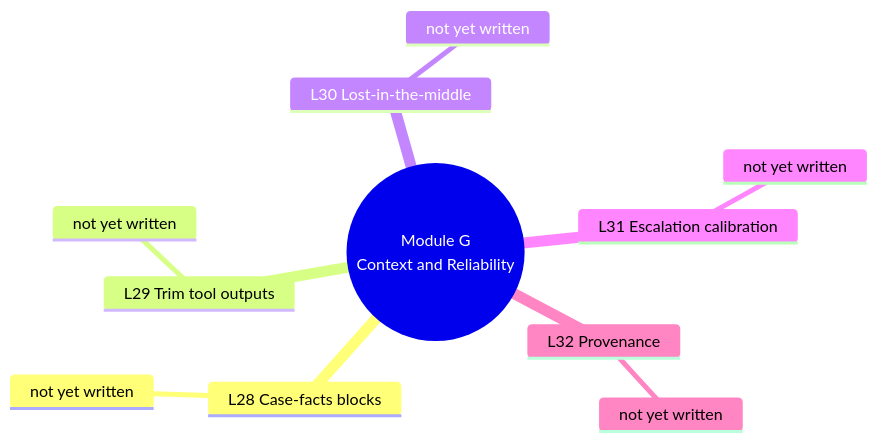
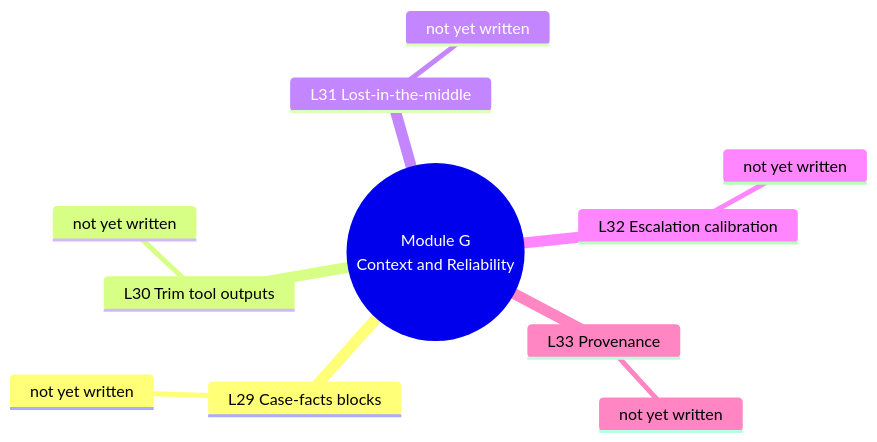
Before and after one commit to richierob62/claude-code-architect: the eighth of 10 diagrams in mindmap.md, drawn with Mermaid. The commit also changed other lines of this file and 3 other files, not shown here.

````diff
--- a/mindmap.md
+++ b/mindmap.md
@@ -204,14 +223,14 @@
 ```mermaid
 mindmap
   root((Module G<br/>Context and Reliability))
-    L28 Case-facts blocks
+    L29 Case-facts blocks
       not yet written
-    L29 Trim tool outputs
+    L30 Trim tool outputs
       not yet written
-    L30 Lost-in-the-middle
+    L31 Lost-in-the-middle
       not yet written
-    L31 Escalation calibration
+    L32 Escalation calibration
       not yet written
-    L32 Provenance
+    L33 Provenance
       not yet written
 ```
````
